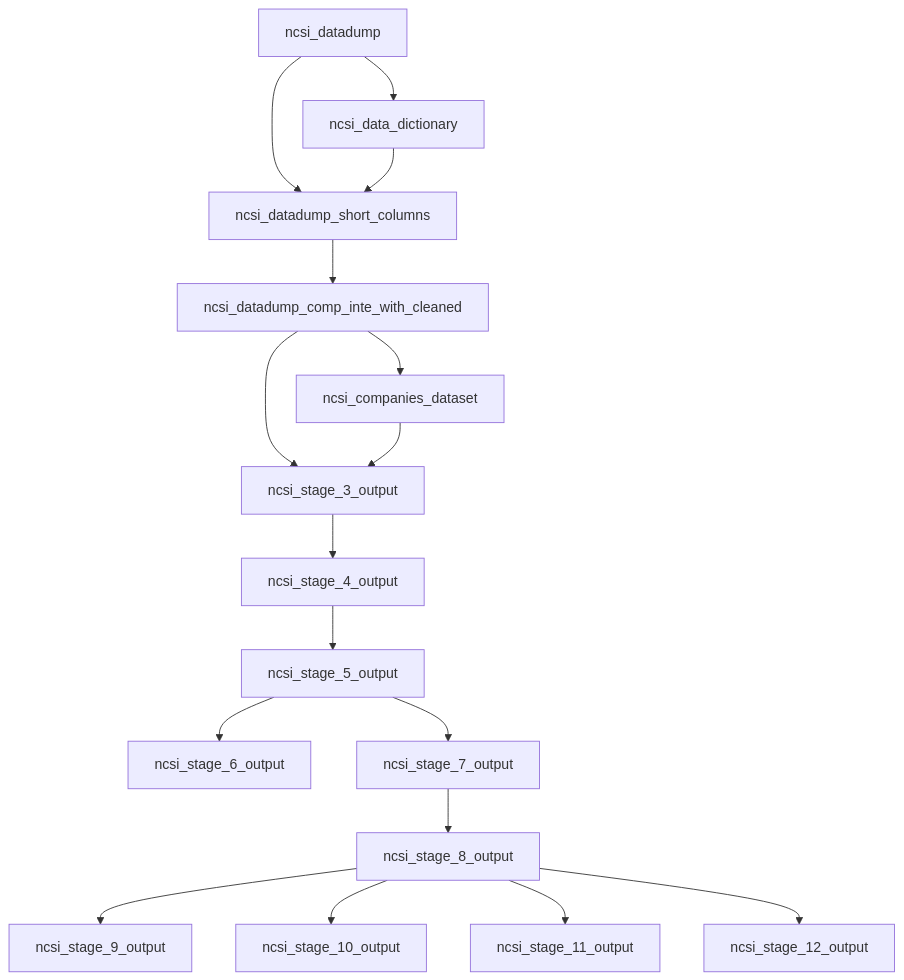
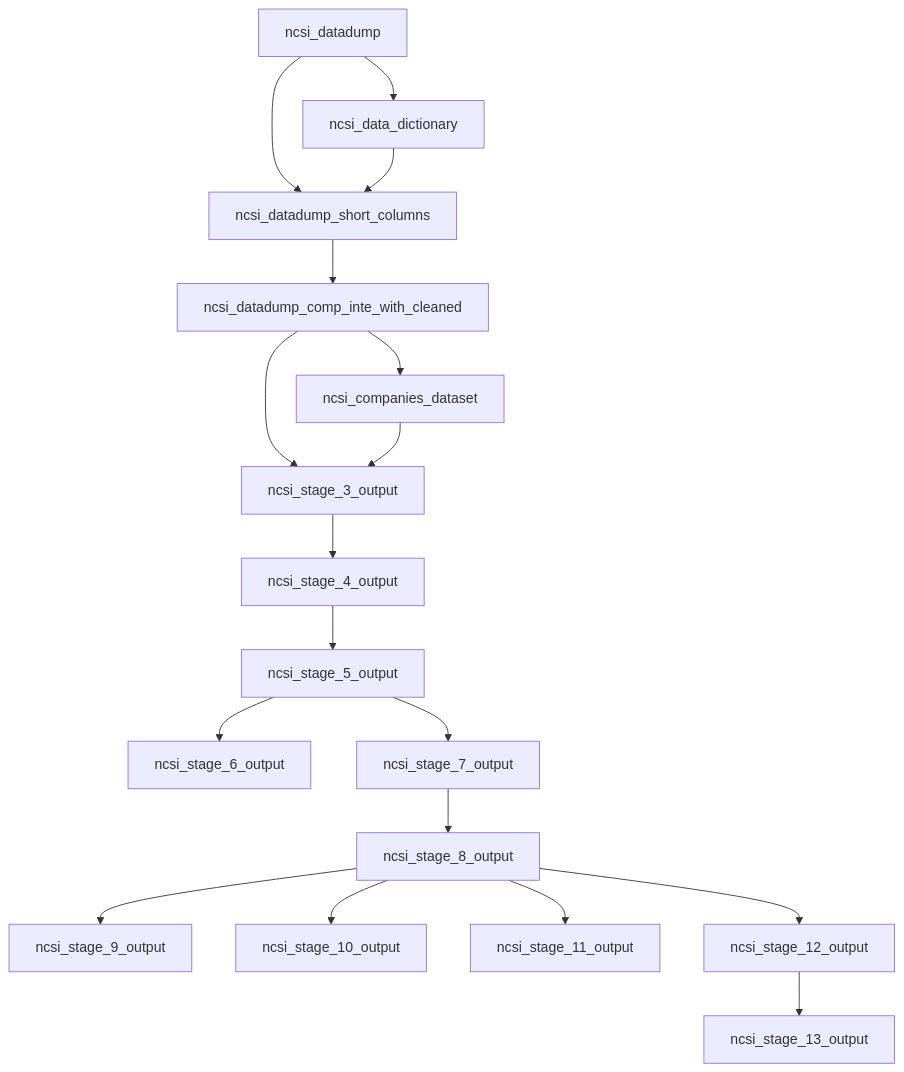
The diagram in Dagster/README.md (techsupport-Apercu/Dagster-Data-Quality-Standards-Verification-Project), drawn with Mermaid before and after one commit. The commit also changed other lines of this file and 13 other files, not shown here.

````diff
--- a/Dagster/README.md
+++ b/Dagster/README.md
@@ -7,19 +7,20 @@
 ```mermaid
 graph TD
      A[ncsi_datadump] --> B[ncsi_data_dictionary]
      A --> C[ncsi_datadump_short_columns]
      B --> C
      C --> D[ncsi_datadump_comp_inte_with_cleaned]
      D --> E[ncsi_companies_dataset]
      D --> F[ncsi_stage_3_output]
      E --> F
      F --> G[ncsi_stage_4_output]
      G --> H[ncsi_stage_5_output]
     H --> I[ncsi_stage_6_output]
     H --> J[ncsi_stage_7_output]
     J --> K[ncsi_stage_8_output]
     K --> L[ncsi_stage_9_output]
     K --> M[ncsi_stage_10_output]
     K --> N[ncsi_stage_11_output]
     K --> O[ncsi_stage_12_output]
+    O --> P[ncsi_stage_13_output]
 ```
````
